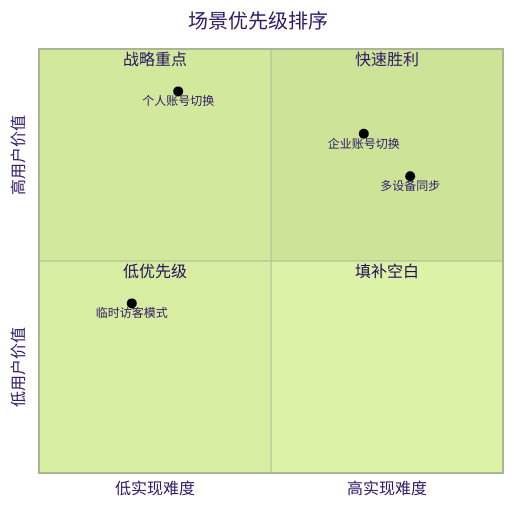
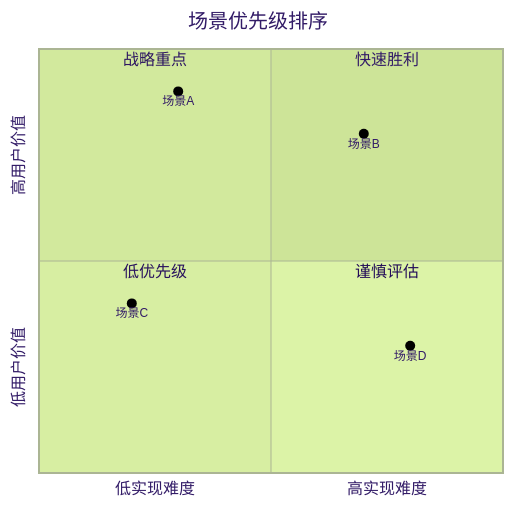
Diagram 19 of 20 in references/mermaid-best-practices.md (ssdiwu/product-thinking), drawn with Mermaid (forest theme) before and after one commit. The commit also changed other lines of this file and 31 other files, not shown here.

````diff
--- a/references/mermaid-best-practices.md
+++ b/references/mermaid-best-practices.md
@@ -597,14 +525,14 @@
 ```mermaid
 quadrantChart
     title 场景优先级排序
     x-axis 低实现难度 --> 高实现难度
     y-axis 低用户价值 --> 高用户价值
     quadrant-1 快速胜利
     quadrant-2 战略重点
     quadrant-3 低优先级
-    quadrant-4 填补空白
-    个人账号切换: [0.3, 0.9]
-    企业账号切换: [0.7, 0.8]
-    临时访客模式: [0.2, 0.4]
-    多设备同步: [0.8, 0.7]
+    quadrant-4 谨慎评估
+    场景A: [0.3, 0.9]
+    场景B: [0.7, 0.8]
+    场景C: [0.2, 0.4]
+    场景D: [0.8, 0.3]
 ```
````
